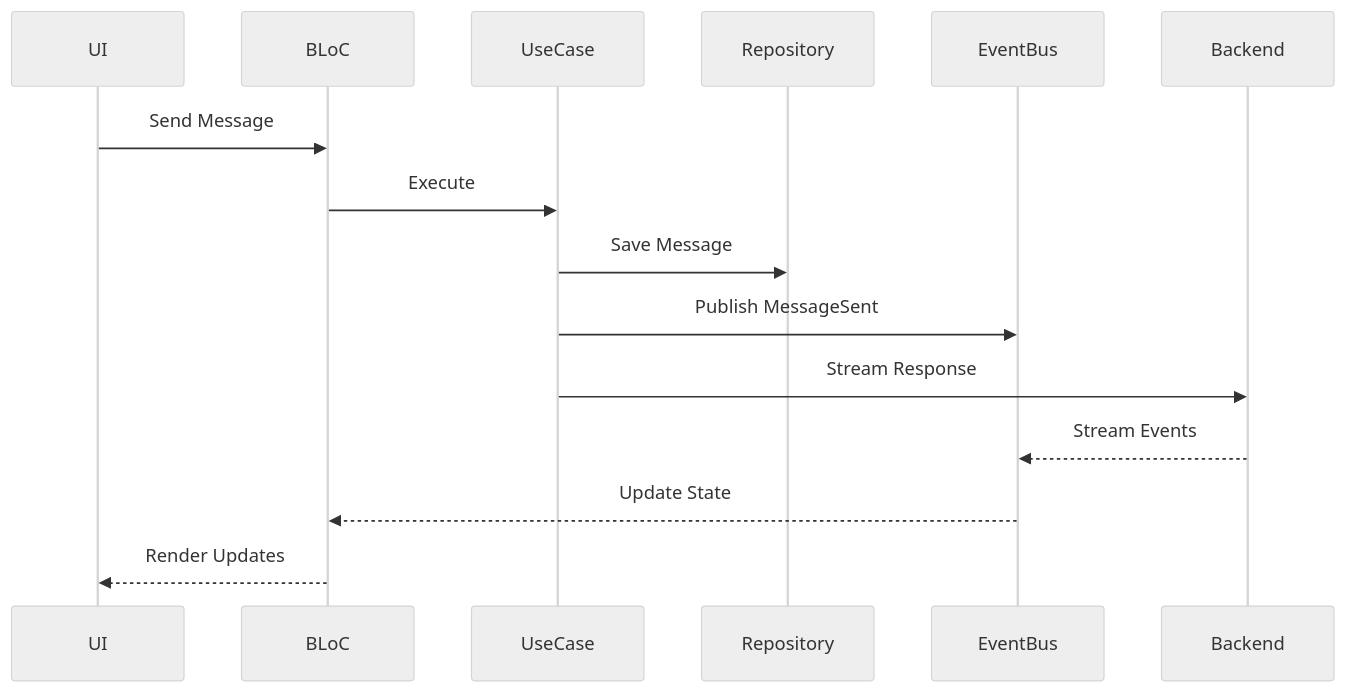
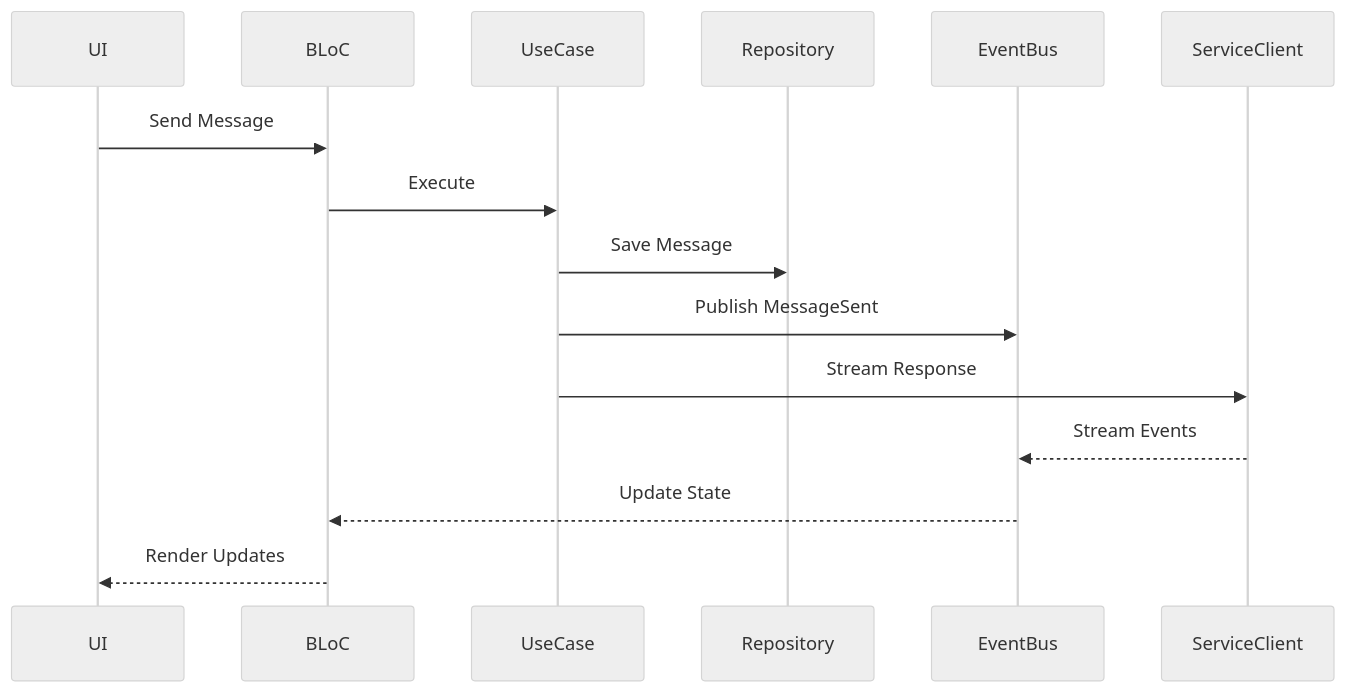
One commit to tina-chat/tina-app changed the second of 2 diagrams in docs/monorepo-architecture-guide.md. Above: the diagram before and after it, drawn with Mermaid (neutral theme). The commit also changed other lines of this file and 1 other file, not shown here.

First line of the commit message:
docs: clarify client-only architecture for external service integration

````diff
--- a/docs/monorepo-architecture-guide.md
+++ b/docs/monorepo-architecture-guide.md
@@ -609,18 +613,18 @@
 ```mermaid
 sequenceDiagram
     participant UI
     participant BLoC
     participant UseCase
     participant Repository
     participant EventBus
-    participant Backend
+    participant ServiceClient
     
     UI->>BLoC: Send Message
     BLoC->>UseCase: Execute
     UseCase->>Repository: Save Message
     UseCase->>EventBus: Publish MessageSent
-    UseCase->>Backend: Stream Response
-    Backend-->>EventBus: Stream Events
+    UseCase->>ServiceClient: Stream Response
+    ServiceClient-->>EventBus: Stream Events
     EventBus-->>BLoC: Update State
     BLoC-->>UI: Render Updates
 ```
````
